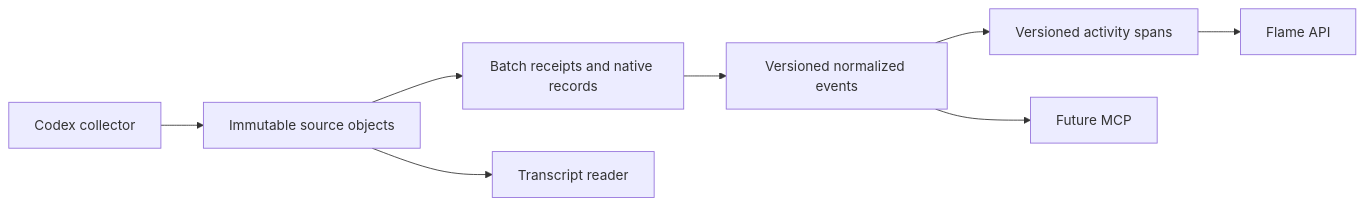
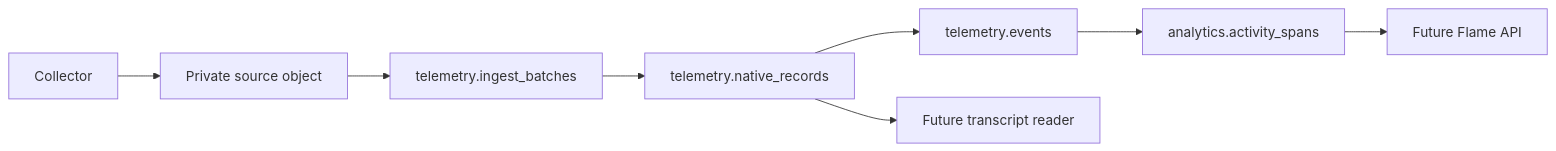
The first of 2 diagrams in docs/data-schema.md (e3-solutions/sherlock), drawn with Mermaid before and after one commit. The commit also changed other lines of this file and 1 other file, not shown here.

Commit message:
docs: simplify schema architecture

````diff
--- a/docs/data-schema.md
+++ b/docs/data-schema.md
@@ -12,10 +47,10 @@
 ```mermaid
 flowchart LR
-    C["Codex collector"] --> O["Immutable source objects"]
-    O --> R["Batch receipts and native records"]
-    R --> E["Versioned normalized events"]
-    E --> A["Versioned activity spans"]
-    A --> F["Flame API"]
-    E --> M["Future MCP"]
-    O --> T["Transcript reader"]
+    C["Collector"] --> O["Private source object"]
+    O --> B["telemetry.ingest_batches"]
+    B --> N["telemetry.native_records"]
+    N --> E["telemetry.events"]
+    E --> A["analytics.activity_spans"]
+    A --> F["Future Flame API"]
+    N --> T["Future transcript reader"]
 ```
````
